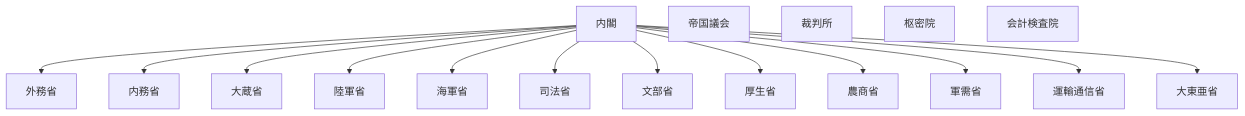
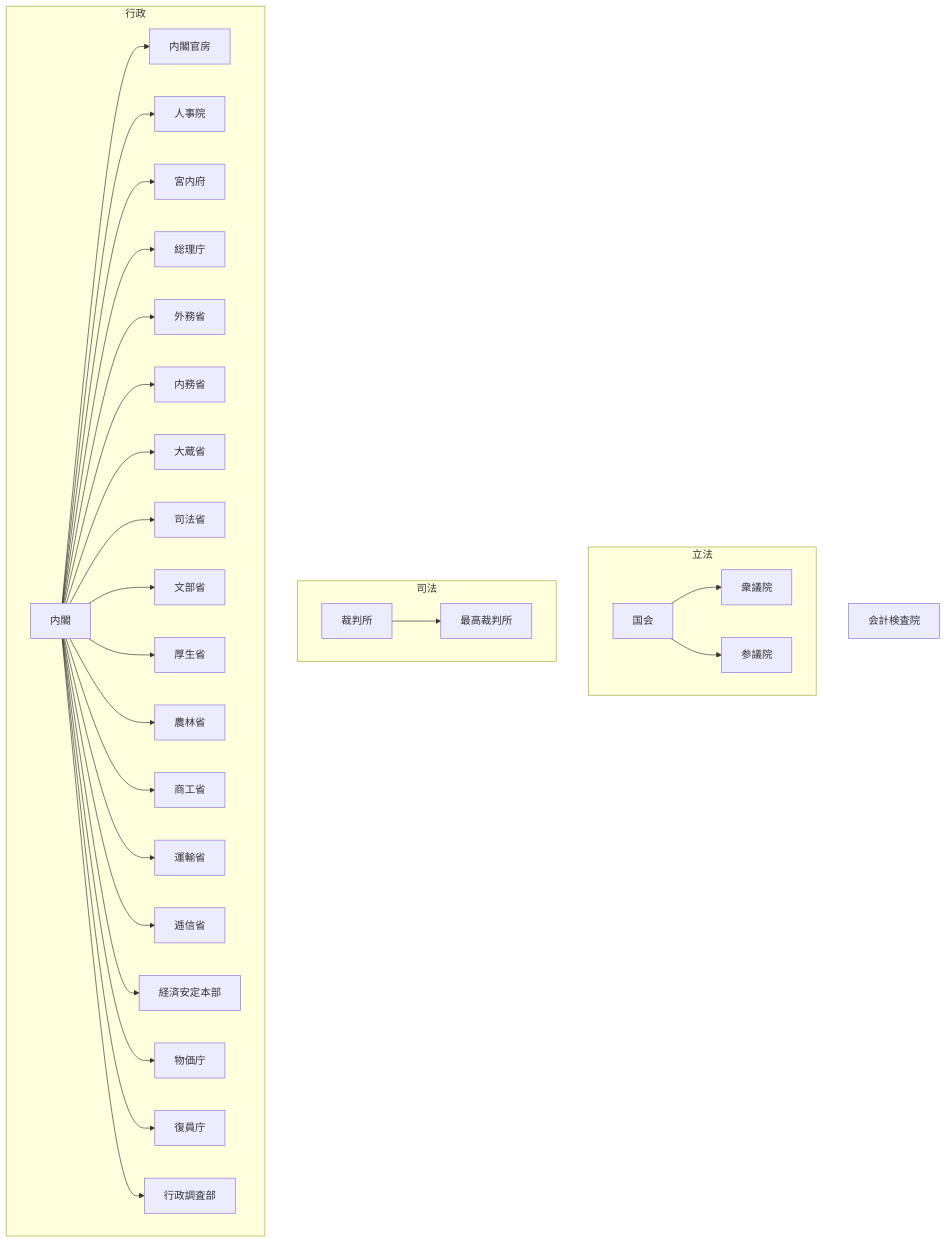
One commit to tatemaru/jp-admin-org-chart changed the diagram in README.md. Above: the diagram before and after it, drawn with Mermaid. The commit also changed other lines of this file, not shown here.

Commit message:
feat(日本国憲法): 日本国憲法施行時点の行政機構
根拠: 日本国憲法・内閣法・行政官庁法
施行: 1947-05-03
出典: https://ja.wikipedia.org/wiki/近代日本の官制

種別: 再編
備考: Git日付制約のため AuthorDate/CommitDate は 1970-01-02

````diff
--- a/README.md
+++ b/README.md
@@ -9,20 +9,34 @@
 ```mermaid
 flowchart TB
-  Cab["内閣"]
-  Cab --> Gaimu["外務省"]
-  Cab --> Naimu["内務省"]
-  Cab --> Okura["大蔵省"]
-  Cab --> Rikugun["陸軍省"]
-  Cab --> Kaigun["海軍省"]
-  Cab --> Shiho["司法省"]
-  Cab --> Mombu["文部省"]
-  Cab --> Kosei["厚生省"]
-  Cab --> Nosho["農商省"]
-  Cab --> Gunju["軍需省"]
-  Cab --> UnyuTsushin["運輸通信省"]
-  Cab --> Daitoa["大東亜省"]
-  Diet["帝国議会"]
-  Court["裁判所"]
-  Privy["枢密院"]
+  subgraph rippo["立法"]
+    Diet["国会"]
+    Diet --> Shugi["衆議院"]
+    Diet --> Sangi["参議院"]
+  end
+  subgraph shihou["司法"]
+    Court["裁判所"]
+    Court --> Saiko["最高裁判所"]
+  end
+  subgraph gyosei["行政"]
+    Cab["内閣"]
+    Cab --> Kanbo["内閣官房"]
+    Cab --> Jinji["人事院"]
+    Cab --> Kunai["宮内府"]
+    Cab --> Soricho["総理庁"]
+    Cab --> Gaimu["外務省"]
+    Cab --> Naimu["内務省"]
+    Cab --> Okura["大蔵省"]
+    Cab --> Shiho["司法省"]
+    Cab --> Mombu["文部省"]
+    Cab --> Kosei["厚生省"]
+    Cab --> Norin["農林省"]
+    Cab --> Shoko["商工省"]
+    Cab --> Unyu["運輸省"]
+    Cab --> Teishin["逓信省"]
+    Cab --> Keizai["経済安定本部"]
+    Cab --> Bukka["物価庁"]
+    Cab --> Fukuin["復員庁"]
+    Cab --> GyoseiChosa["行政調査部"]
+  end
   Audit["会計検査院"]
 ```
````
